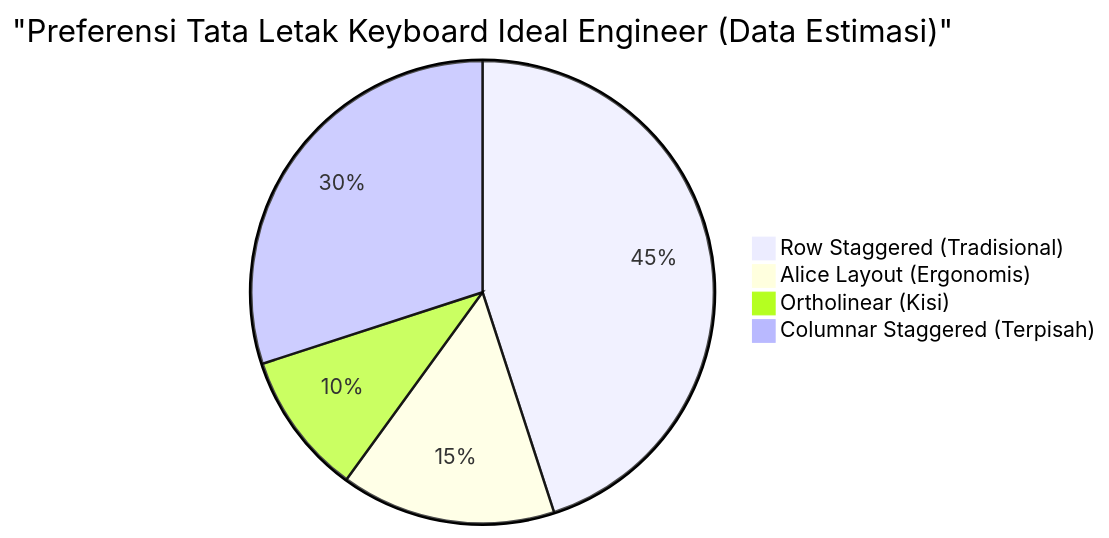
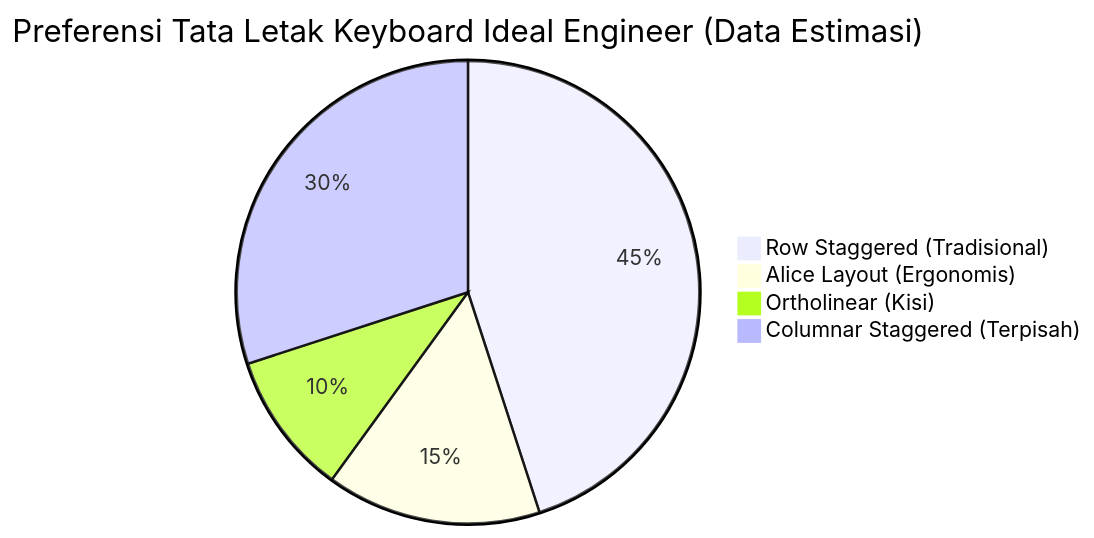
The third of 3 diagrams in content/post/mechanical_keyboards/index.id.md (kenjinote/blog), drawn with Mermaid before and after one commit. The commit also changed other lines of this file and 703 other files, not shown here.

Commit message:
Fix: Remove quotes from Mermaid link texts and timeline definitions to support Mermaid 11.4.1

````diff
--- a/content/post/mechanical_keyboards/index.id.md
+++ b/content/post/mechanical_keyboards/index.id.md
@@ -127,7 +127,7 @@
 ```mermaid
-pie title "Preferensi Tata Letak Keyboard Ideal Engineer (Data Estimasi)"
+pie title Preferensi Tata Letak Keyboard Ideal Engineer (Data Estimasi)
     "Row Staggered (Tradisional)" : 45
     "Alice Layout (Ergonomis)" : 15
     "Ortholinear (Kisi)" : 10
     "Columnar Staggered (Terpisah)" : 30
 ```
````
